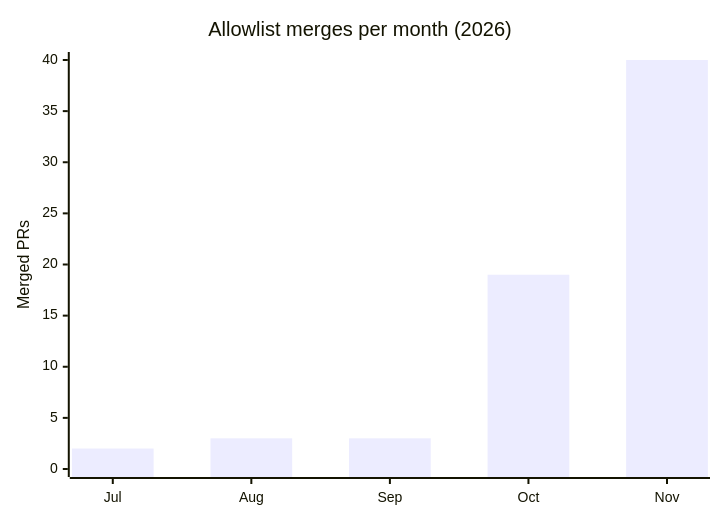
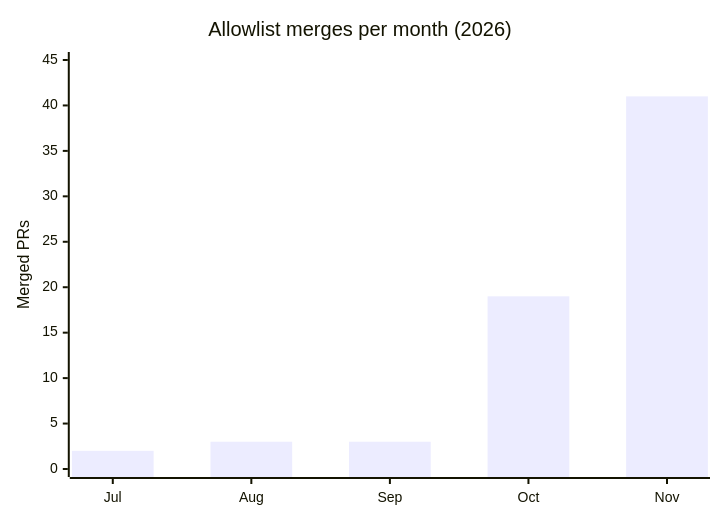
The second of 2 diagrams in README.md (mangeshraut712/mangeshraut712), drawn with Mermaid before and after one commit. The commit also changed other lines of this file and 1 other file, not shown here.

````diff
--- a/README.md
+++ b/README.md
@@ -283,7 +284,7 @@
 ```mermaid
 xychart-beta
   title "Allowlist merges per month (2026)"
   x-axis [Jul, Aug, Sep, Oct, Nov]
-  y-axis "Merged PRs" 0 --> 40
-  bar [2, 3, 3, 19, 40]
+  y-axis "Merged PRs" 0 --> 45
+  bar [2, 3, 3, 19, 41]
 ```
````
